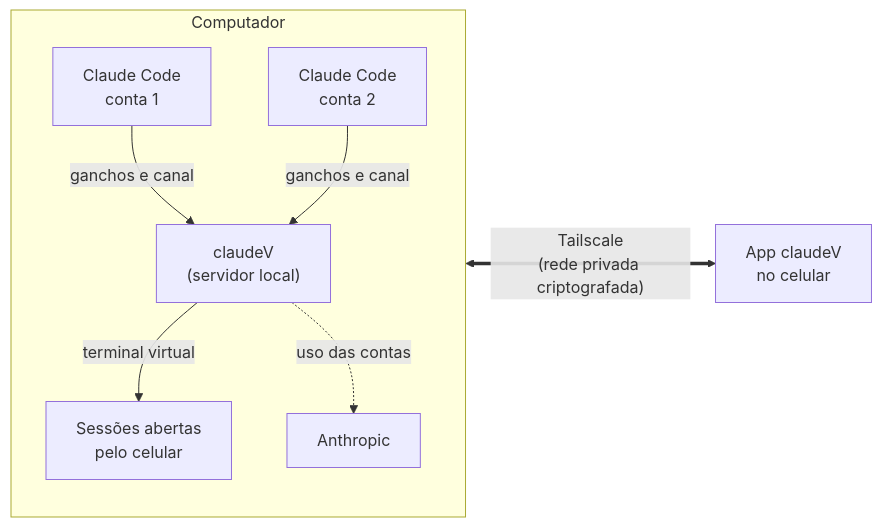
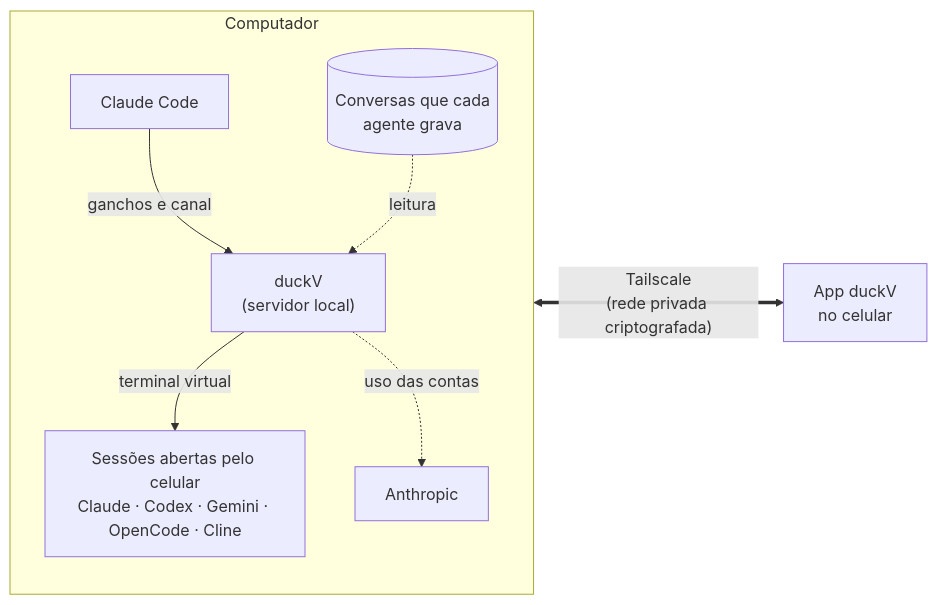
The diagram in README.md (victor-kauan-coder/duckv), drawn with Mermaid before and after one commit. The commit also changed other lines of this file and 52 other files, not shown here.

````diff
--- a/README.md
+++ b/README.md
@@ -168,11 +207,11 @@
 ```mermaid
 flowchart LR
     subgraph PC["Computador"]
         direction TB
-        CC1["Claude Code<br/>conta 1"] -- "ganchos e canal" --> HUB
-        CC2["Claude Code<br/>conta 2"] -- "ganchos e canal" --> HUB
-        HUB["claudeV<br/>(servidor local)"] -- "terminal virtual" --> CC3["Sessões abertas<br/>pelo celular"]
+        CC1["Claude Code"] -- "ganchos e canal" --> HUB
+        HUB["duckV<br/>(servidor local)"] -- "terminal virtual" --> CC3["Sessões abertas pelo celular<br/>Claude · Codex · Gemini · OpenCode · Cline"]
+        HIST[("Conversas que cada<br/>agente grava")] -. "leitura" .-> HUB
         HUB -. "uso das contas" .-> API["Anthropic"]
     end
-    HUB <== "Tailscale<br/>(rede privada criptografada)" ==> APP["App claudeV<br/>no celular"]
+    HUB <== "Tailscale<br/>(rede privada criptografada)" ==> APP["App duckV<br/>no celular"]
 ```
````
